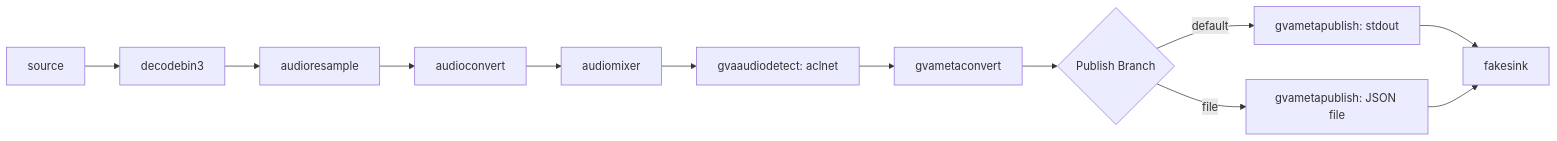
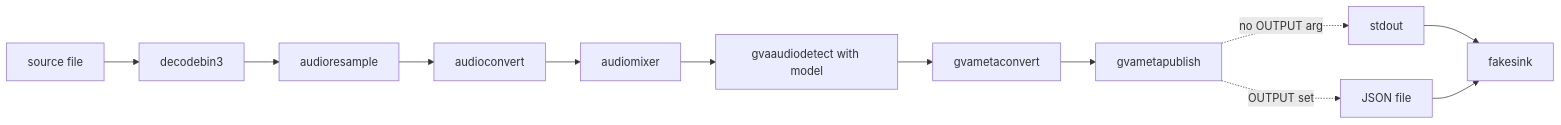
Before and after one commit to open-edge-platform/dlstreamer: the diagram in samples/windows/gstreamer/gst_launch/audio_detect/README.md, drawn with Mermaid.

````diff
--- a/samples/windows/gstreamer/gst_launch/audio_detect/README.md
+++ b/samples/windows/gstreamer/gst_launch/audio_detect/README.md
@@ -21,15 +21,14 @@
 ```mermaid
 graph LR
-    A[source] --> B[decodebin3]
+    A[source file] --> B[decodebin3]
     B --> C[audioresample]
     C --> D[audioconvert]
     D --> E[audiomixer]
-    E --> F[gvaaudiodetect: aclnet]
+    E --> F[gvaaudiodetect with model]
     F --> G[gvametaconvert]
-    G --> H{Publish Branch}
-
-    H -->|default| I[gvametapublish: stdout]
-    H -->|file| J[gvametapublish: JSON file]
+    G --> H[gvametapublish]
+    H -.->|no OUTPUT arg| I[stdout]
+    H -.->|OUTPUT set| J[JSON file]
     I --> K[fakesink]
     J --> K
 ```
````
